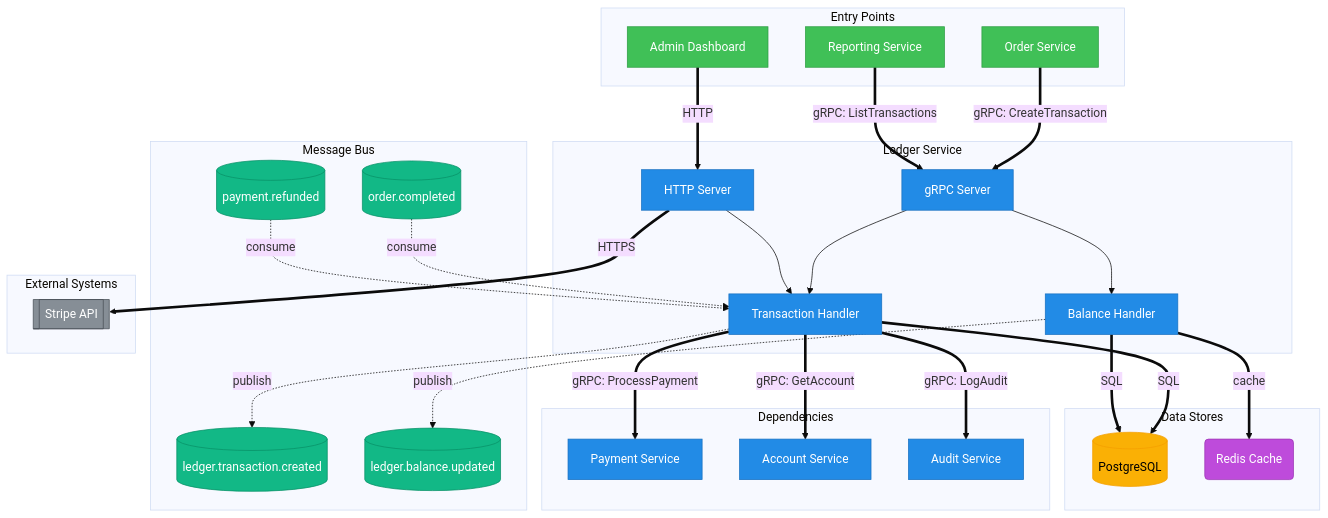
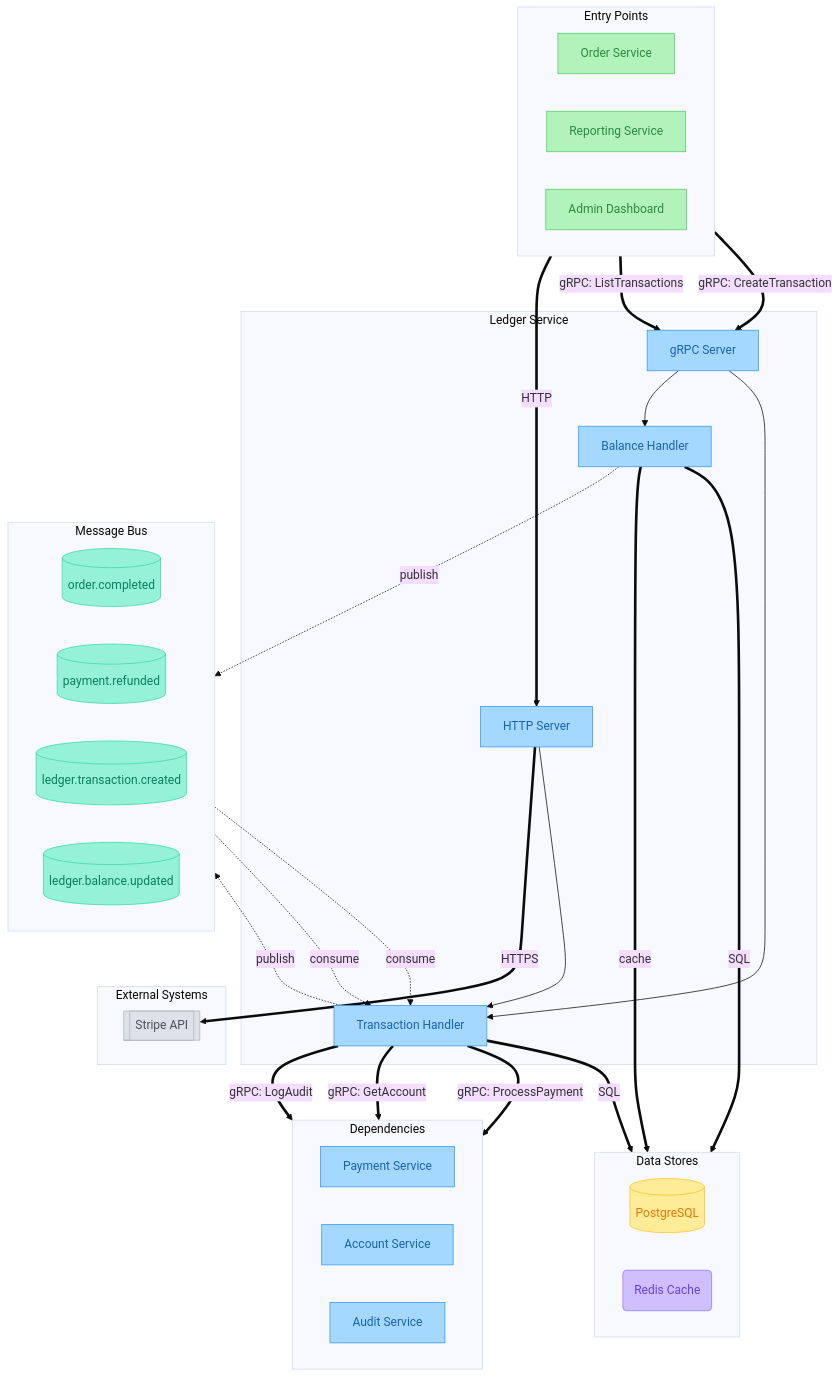
The diagram in examples/diagram-example.md (selimabeniacar/gemini-skills), drawn with Mermaid (base theme) before and after one commit. The commit also changed 4 other files, not shown here.

````diff
--- a/examples/diagram-example.md
+++ b/examples/diagram-example.md
@@ -10,19 +10,20 @@
 ```mermaid
 flowchart TD
     %% ========================================
-    %% Style Definitions
+    %% Style Definitions (muted, professional colors)
     %% ========================================
-    classDef service fill:#228be6,stroke:#1971c2,color:#fff
-    classDef entry fill:#40c057,stroke:#2f9e44,color:#fff
-    classDef kafka fill:#12b886,stroke:#099268,color:#fff
-    classDef database fill:#fab005,stroke:#f59f00,color:#000
-    classDef cache fill:#be4bdb,stroke:#9c36b5,color:#fff
-    classDef external fill:#868e96,stroke:#495057,color:#fff
+    classDef service fill:#a5d8ff,stroke:#339af0,color:#1864ab
+    classDef entry fill:#b2f2bb,stroke:#51cf66,color:#2b8a3e
+    classDef kafka fill:#96f2d7,stroke:#38d9a9,color:#087f5b
+    classDef database fill:#ffec99,stroke:#fcc419,color:#e67700
+    classDef cache fill:#d0bfff,stroke:#9775fa,color:#6741d9
+    classDef external fill:#dee2e6,stroke:#adb5bd,color:#495057
 
     %% ========================================
     %% Entry Points (Callers)
     %% ========================================
     subgraph entry ["Entry Points"]
+        direction LR
         E1[Order Service]
         E2[Reporting Service]
         E3[Admin Dashboard]
@@ -42,6 +43,7 @@
     %% Dependent Services
     %% ========================================
     subgraph deps ["Dependencies"]
+        direction LR
         D1[Payment Service]
         D2[Account Service]
         D3[Audit Service]
@@ -51,6 +53,7 @@
     %% Message Bus
     %% ========================================
     subgraph kafka ["Message Bus"]
+        direction LR
         K1[(order.completed)]
         K2[(payment.refunded)]
         K3[(ledger.transaction.created)]
@@ -61,6 +64,7 @@
     %% Data Stores
     %% ========================================
     subgraph data ["Data Stores"]
+        direction LR
         DB1[(PostgreSQL)]
         C1(Redis Cache)
     end
````
